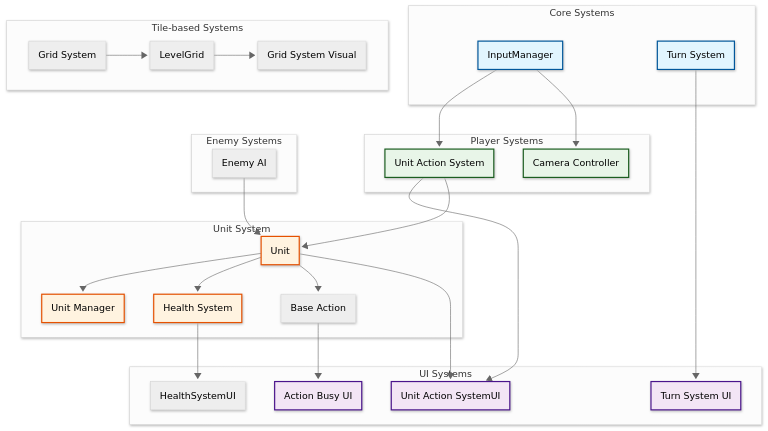
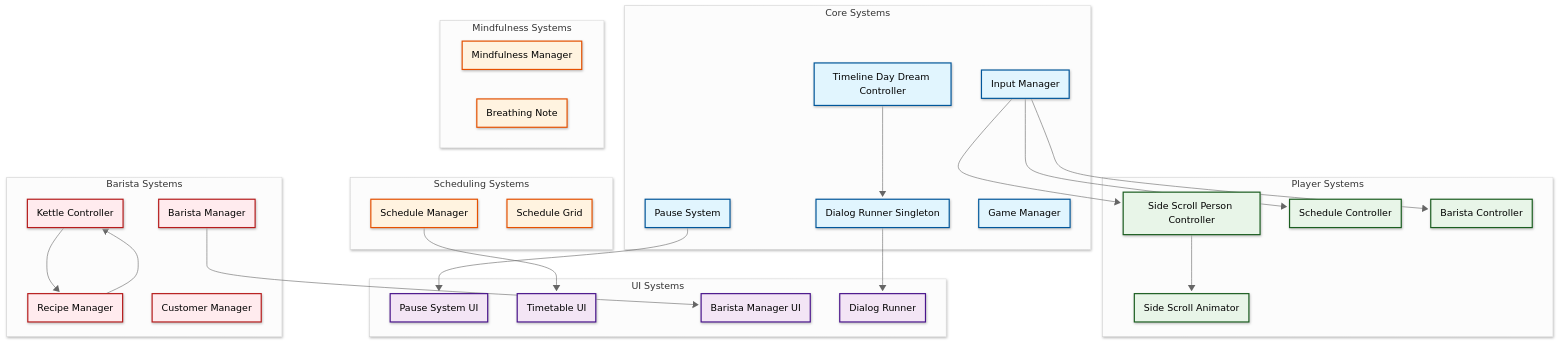
One commit to Rubick07/Sunside_Cafe changed the second of 4 diagrams in README.md. Above: the diagram before and after it, drawn with Mermaid. The commit also changed other lines of this file, not shown here.

````diff
--- a/README.md
+++ b/README.md
@@ -59,76 +64,78 @@
 ```mermaid
 ---
 config:
   theme: neutral
   look: neo
 ---
 graph TD
     subgraph "Core Systems"
-        IM[InputManager]
-        Ts[Turn System]
-        
+        IM[Input Manager]
+        TimelineDayDreamController[Timeline Day Dream Controller]
+        DialogRunnerSingleton[Dialog Runner Singleton]
+        PauseSystem[Pause System]
+        GameManager[Game Manager]
     end
     
     subgraph "Player Systems"
-        UAS[Unit Action System]
-        CC[Camera Controller]
-    end
-    
-    subgraph "Unit System"
-        U[Unit]
-        UM[Unit Manager]
-        HS[Health System]
-        BA[Base Action]
-    end
-    
-    subgraph "Tile-based Systems"
-        GS[Grid System]
-        LG[LevelGrid]
-        GSV[Grid System Visual]
+        SideScrollPersonController[Side Scroll Person Controller]
+        SideScrollAnimator[Side Scroll Animator]
+        ScheduleController[Schedule Controller]
+        BaristaController[Barista Controller]
     end
 
-    subgraph "Enemy Systems"
-        EA[Enemy AI]
+    subgraph "Barista Systems"
+        BaristaManager[Barista Manager]
+        KettleController[Kettle Controller]
+        RecipeManager[Recipe Manager]
+        CustomerManager[Customer Manager]
+    end
+
+    subgraph "Scheduling Systems"
+        ScheduleManager[Schedule Manager]
+        ScheduleGrid[Schedule Grid]
+    end
+
+    subgraph "Mindfulness Systems"
+        MindfulnessManager[Mindfulness Manager]
+        BreathingNote[Breathing Note]
     end
 
     subgraph "UI Systems"
-        UnitActionSystemUI[Unit Action SystemUI]
-        TurnSystemUI[Turn System UI]
-        ActionBusyUI[Action Busy UI]
-        HealthSystemUI[HealthSystemUI]
+        PauseSystemUI[Pause System UI]
+        TimetableUI[Timetable UI]
+        BaristaManagerUI[Barista Manager UI]
+        DialogRunner[Dialog Runner]
     end
 
-    IM --> UAS
-    IM --> CC
+    IM -->SideScrollPersonController
+    IM -->ScheduleController
+    IM -->BaristaController
 
-    Ts --> TurnSystemUI
-    UAS --> UnitActionSystemUI
-    UAS --> U
-    U --> UM
-    U --> HS
-    U --> BA
-    U --> UnitActionSystemUI
+    TimelineDayDreamController -->DialogRunnerSingleton
 
-    BA --> ActionBusyUI
-    HS --> HealthSystemUI
+    SideScrollPersonController --> SideScrollAnimator
 
-    GS --> LG
-    LG --> GSV
+    KettleController -->RecipeManager
+    RecipeManager --> KettleController
 
-    EA --> U
-    
-    
+    PauseSystem --> PauseSystemUI
+    ScheduleManager --> TimetableUI
+    BaristaManager -->BaristaManagerUI
+
+    DialogRunnerSingleton --> DialogRunner
     
     classDef coreStyle fill:#e1f5fe,stroke:#01579b,stroke-width:2px
     classDef playerStyle fill:#e8f5e8,stroke:#1b5e20,stroke-width:2px
-    classDef enemyStyle fill:#ffebee,stroke:#b71c1c,stroke-width:2px
-    classDef unitStyle fill:#fff3e0,stroke:#e65100,stroke-width:2px
+    classDef baristaStyle fill:#ffebee,stroke:#b71c1c,stroke-width:2px
+    classDef SchedulingStyle fill:#fff3e0,stroke:#e65100,stroke-width:2px
+    classDef MindStyle fill:#fff3e0,stroke:#e65100,stroke-width:2px
     classDef uiStyle fill:#f3e5f5,stroke:#4a148c,stroke-width:2px
     
-    class IM,Ts coreStyle
-    class UAS,CC playerStyle
-    class EAI enemyStyle
-    class U,UM,HS unitStyle
-    class UnitActionSystemUI,TurnSystemUI,ActionBusyUI uiStyle
+    class IM,TimelineDayDreamController,PauseSystem,GameManager,DialogRunnerSingleton coreStyle
+    class SideScrollPersonController,SideScrollAnimator,ScheduleController,BaristaController playerStyle
+    class BaristaManager,KettleController,RecipeManager,CustomerManager baristaStyle
+    class ScheduleManager,ScheduleGrid SchedulingStyle
+    class MindfulnessManager,BreathingNote MindStyle
+    class PauseSystemUI,TimetableUI,BaristaManagerUI,DialogRunner uiStyle
 
 ```
````
